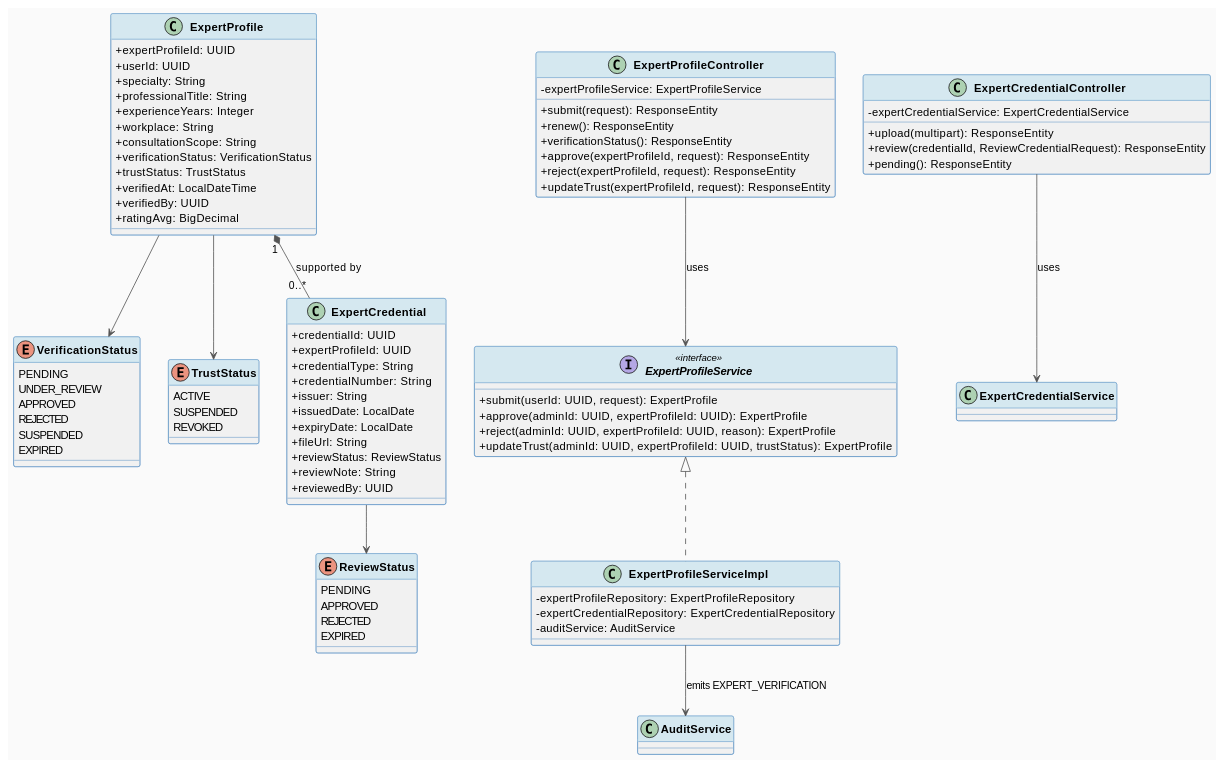
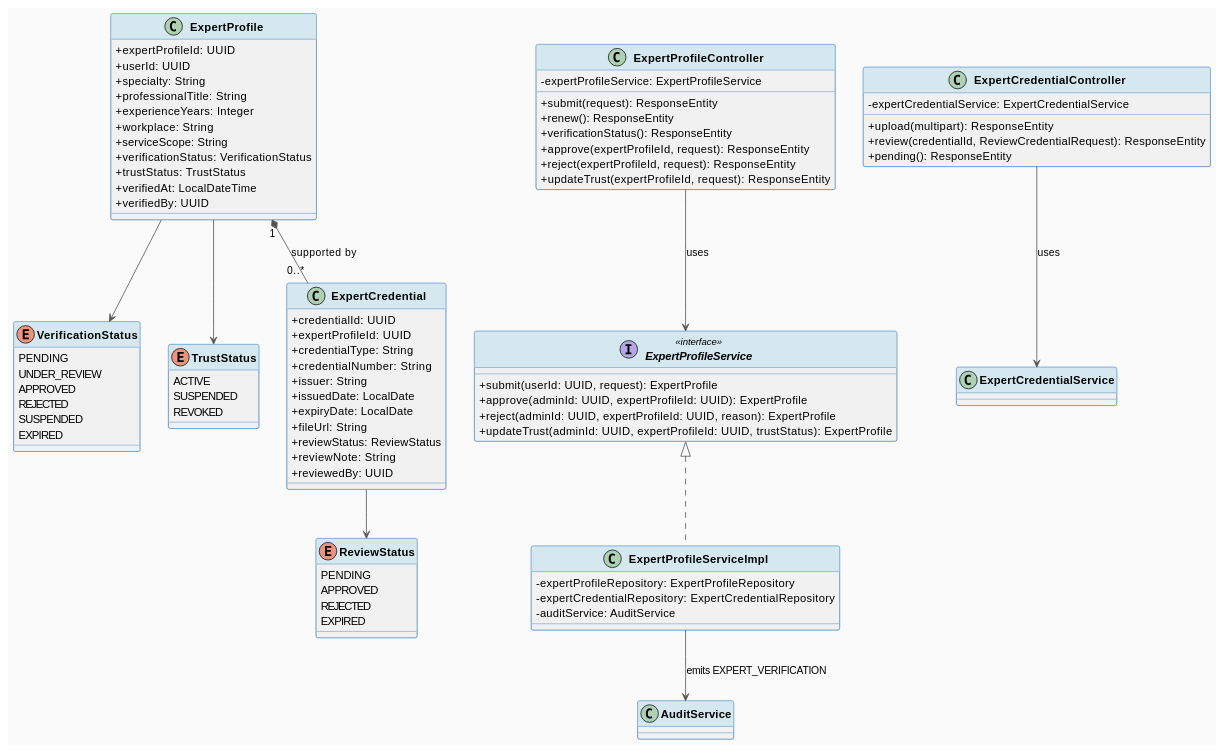
Before and after one commit to ChuongBDHE172784/CareBridge_SEP490_G79: the first of 2 diagrams in docs/Detailed_Design/MF05_Verified_Expert_Network_Contribution/01_Expert_Verification_Trust_Lifecycle.md, drawn with PlantUML. The commit also changed other lines of this file and 97 other files, not shown here.

Commit message:
docs: update detailed design documentation with new diagrams and restructured module files.

```diff
--- a/docs/Detailed_Design/MF05_Verified_Expert_Network_Contribution/01_Expert_Verification_Trust_Lifecycle.md
+++ b/docs/Detailed_Design/MF05_Verified_Expert_Network_Contribution/01_Expert_Verification_Trust_Lifecycle.md
@@ -39,12 +39,11 @@
   + professionalTitle: String
   + experienceYears: Integer
   + workplace: String
-  + consultationScope: String
+  + serviceScope: String
   + verificationStatus: VerificationStatus
   + trustStatus: TrustStatus
   + verifiedAt: LocalDateTime
   + verifiedBy: UUID
-  + ratingAvg: BigDecimal
 }
 
 enum VerificationStatus {
```
